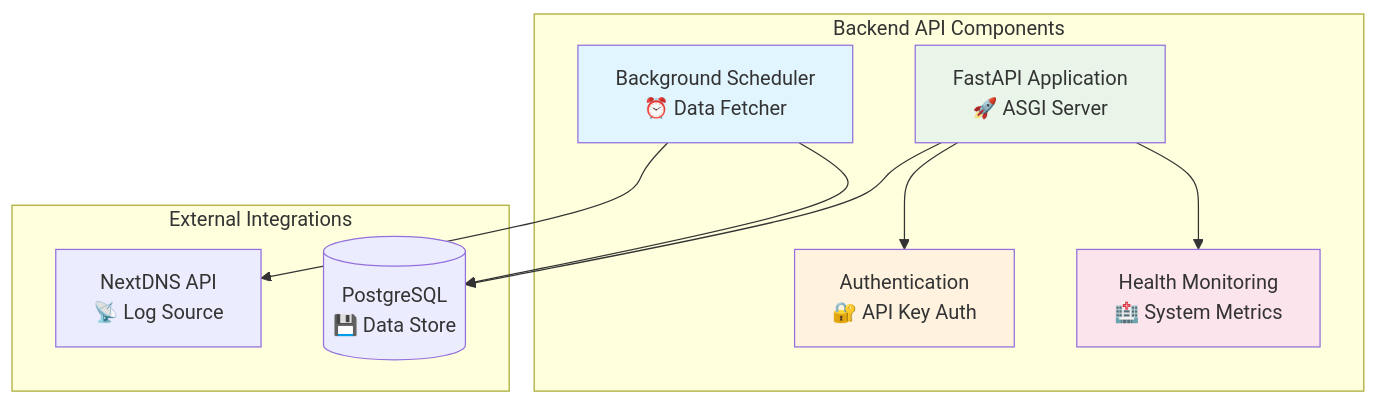
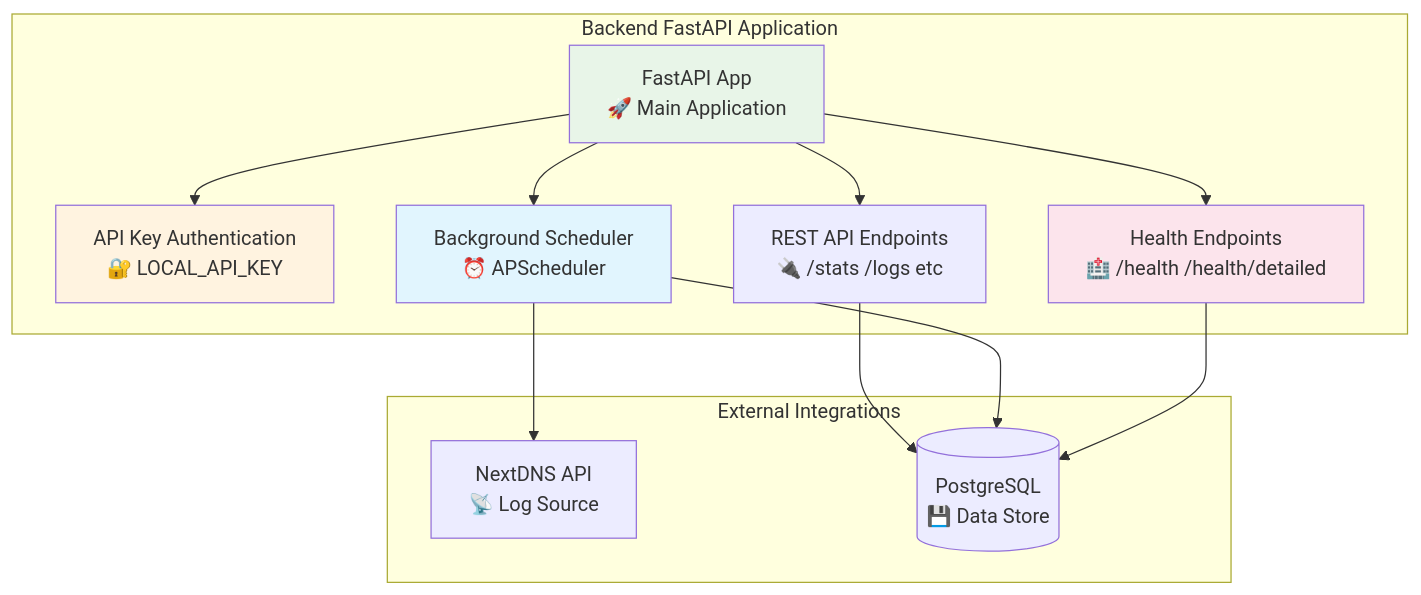
Before and after one commit to BondIT-ApS/NextDNS-Optimized-Analytics: the fourth of 11 diagrams in docs/02-architecture.md, drawn with Mermaid. The commit also changed other lines of this file, not shown here.

Commit message:
📝 Revise architecture documentation for clarity and accuracy, including updated service interactions and port configurations

````diff
--- a/docs/02-architecture.md
+++ b/docs/02-architecture.md
@@ -103,25 +100,29 @@
 ```mermaid
 graph TB
-    subgraph "Backend API Components"
-        API[FastAPI Application<br/>🚀 ASGI Server]
-        Auth[Authentication<br/>🔐 API Key Auth]
-        Scheduler[Background Scheduler<br/>⏰ Data Fetcher]
-        Health[Health Monitoring<br/>🏥 System Metrics]
+    subgraph "Backend FastAPI Application"
+        API[FastAPI App<br/>🚀 Main Application]
+        Auth[API Key Authentication<br/>🔐 LOCAL_API_KEY]
+        Scheduler[Background Scheduler<br/>⏰ APScheduler]
+        Health[Health Endpoints<br/>🏥 /health /health/detailed]
+        Endpoints[REST API Endpoints<br/>🔌 /stats /logs etc]
     end
     
     subgraph "External Integrations"
         NextDNS[NextDNS API<br/>📡 Log Source]
         DB[(PostgreSQL<br/>💾 Data Store)]
     end
     
     API --> Auth
     API --> Health
+    API --> Endpoints
+    API --> Scheduler
     Scheduler --> NextDNS
-    API --> DB
+    Endpoints --> DB
     Scheduler --> DB
+    Health --> DB
     
     style API fill:#e8f5e8
     style Auth fill:#fff3e0
     style Scheduler fill:#e1f5fe
     style Health fill:#fce4ec
 ```
````
